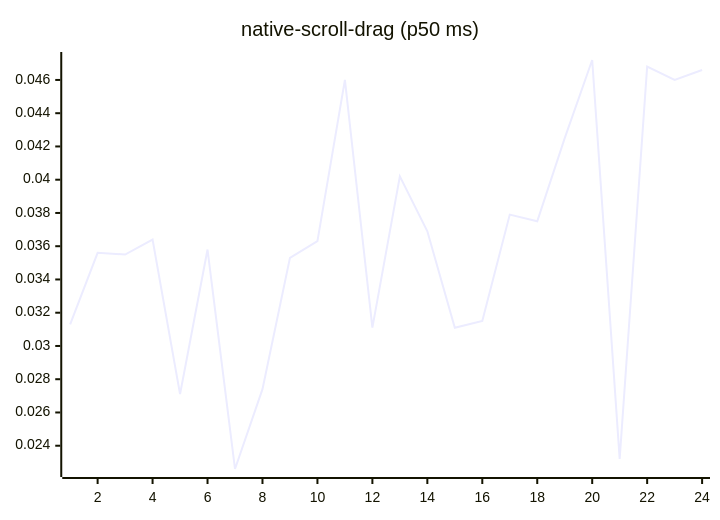
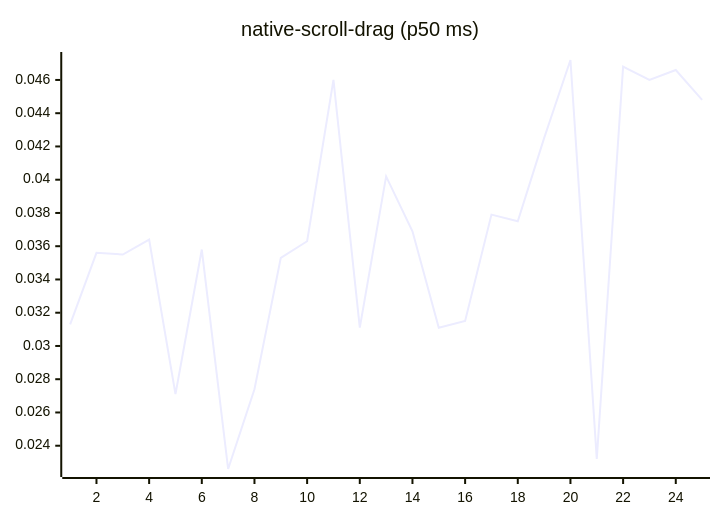
Diagram 14 of 27 in README.md (josha/Facet), drawn with Mermaid before and after one commit. The commit also changed other lines of this file and 2 other files, not shown here.

````diff
--- a/README.md
+++ b/README.md
@@ -154,6 +154,6 @@
 ```mermaid
 xychart-beta
     title "native-scroll-drag (p50 ms)"
-    x-axis 1 --> 24
-    line [0.0313, 0.0356, 0.0355, 0.0364, 0.0271, 0.0358, 0.0226, 0.0274, 0.0353, 0.0363, 0.0460, 0.0311, 0.0402, 0.0369, 0.0311, 0.0315, 0.0379, 0.0375, 0.0425, 0.0472, 0.0232, 0.0468, 0.0460, 0.0466]
+    x-axis 1 --> 25
+    line [0.0313, 0.0356, 0.0355, 0.0364, 0.0271, 0.0358, 0.0226, 0.0274, 0.0353, 0.0363, 0.0460, 0.0311, 0.0402, 0.0369, 0.0311, 0.0315, 0.0379, 0.0375, 0.0425, 0.0472, 0.0232, 0.0468, 0.0460, 0.0466, 0.0448]
 ```
````
